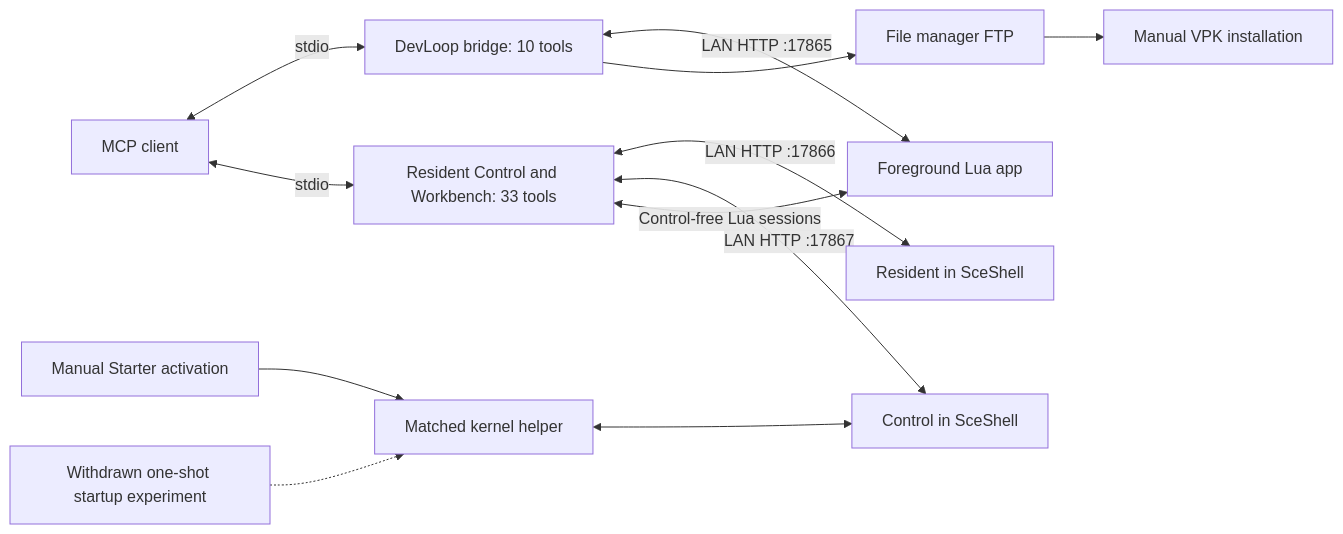
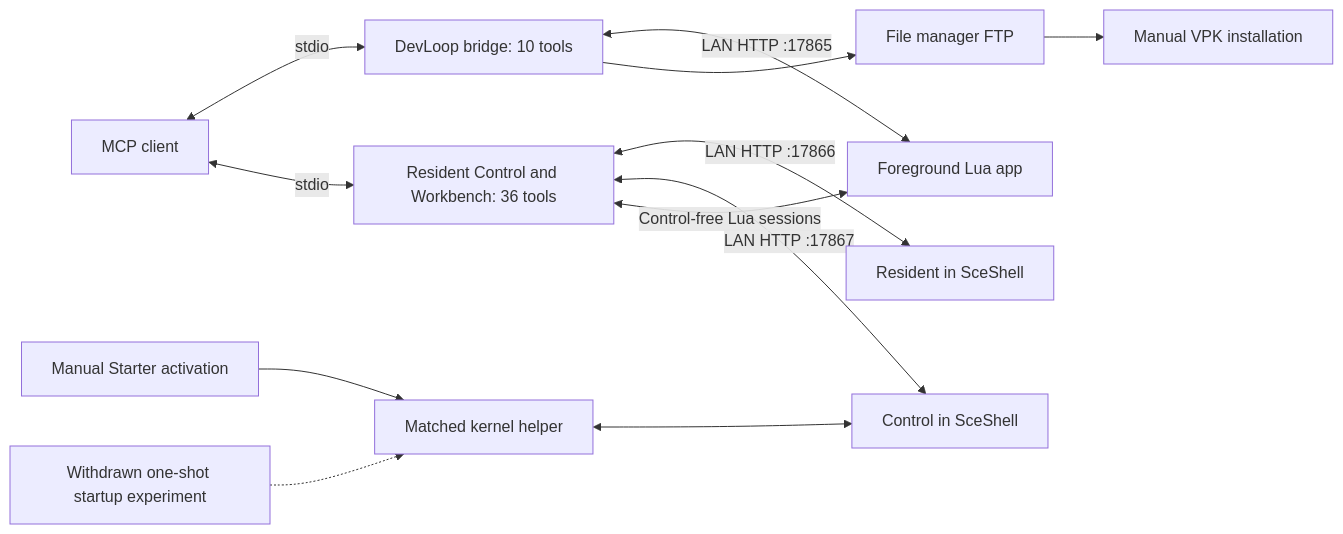
The diagram in README.md (LeiterConsulting/ps-vita-mcp), drawn with Mermaid before and after one commit. The commit also changed other lines of this file and 84 other files, not shown here.

````diff
--- a/README.md
+++ b/README.md
@@ -99,14 +120,14 @@
 ```mermaid
 flowchart LR
     Client[MCP client] <-->|stdio| DevBridge[DevLoop bridge: 10 tools]
-    Client <-->|stdio| Background[Resident Control and Workbench: 33 tools]
+    Client <-->|stdio| Background[Resident Control and Workbench: 36 tools]
     DevBridge <-->|LAN HTTP :17865| DevLoop[Foreground Lua app]
     Background <-->|LAN HTTP :17866| Resident[Resident in SceShell]
     Background <-->|LAN HTTP :17867| Control[Control in SceShell]
     Background <-->|Control-free Lua sessions| DevLoop
     Starter[Manual Starter activation] --> Kernel[Matched kernel helper]
     Auto[Withdrawn one-shot startup experiment] -.-> Kernel
     Kernel <--> Control
     DevBridge --> FTP[File manager FTP]
     FTP --> Install[Manual VPK installation]
 ```
````
